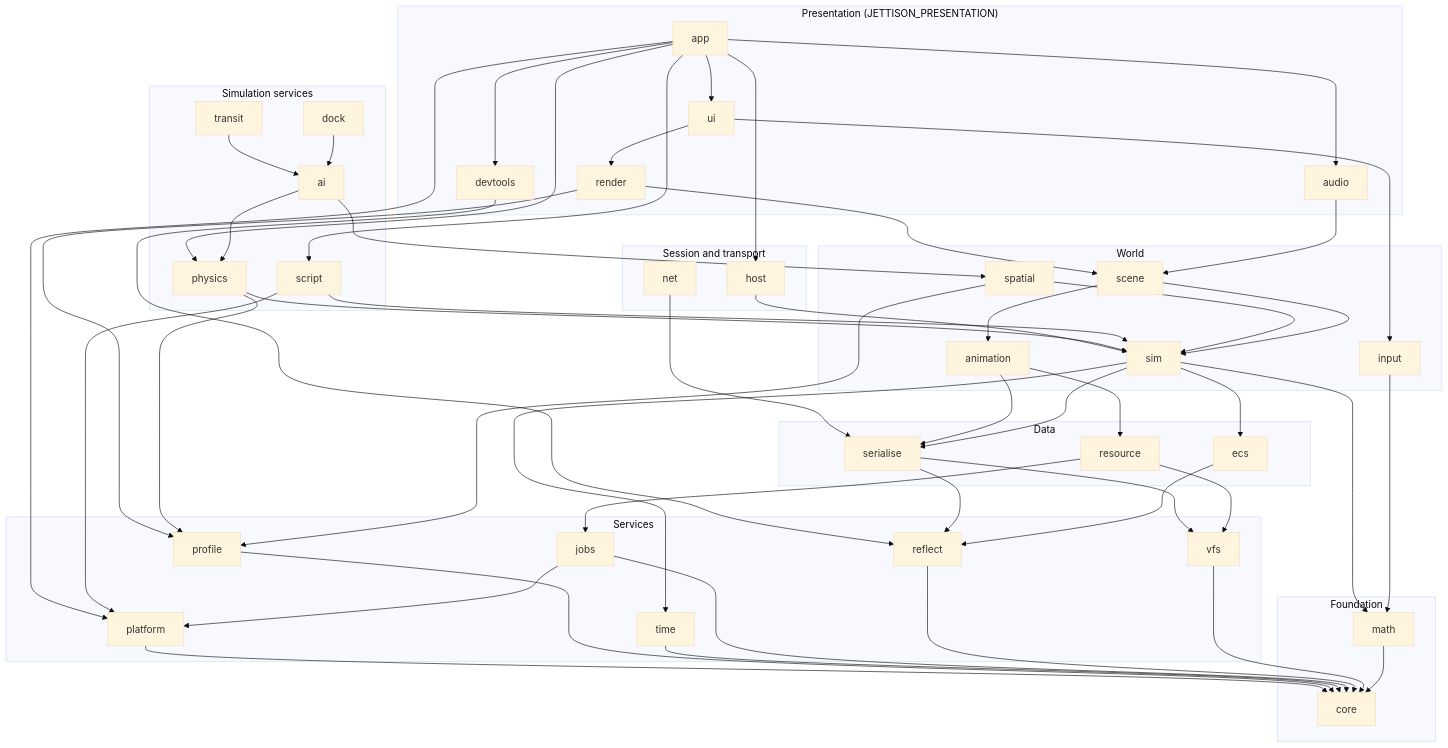
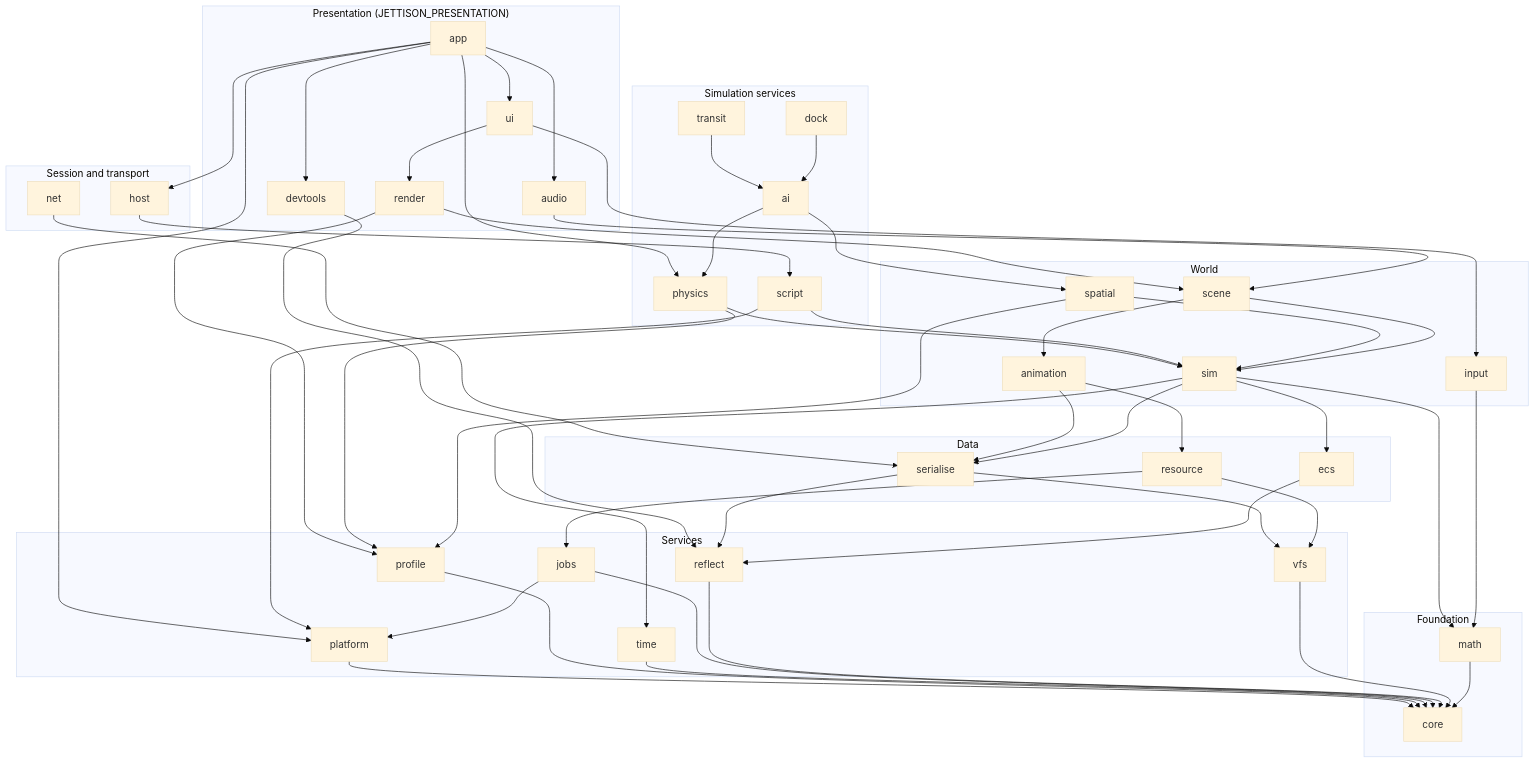
Before and after one commit to ivanhawkes/jettison: the first of 3 diagrams in docs/architecture.md, drawn with Mermaid (base theme). The commit also changed other lines of this file and 15 other files, not shown here.

````diff
--- a/docs/architecture.md
+++ b/docs/architecture.md
@@ -151,71 +151,70 @@
 ```mermaid
 flowchart TB
     subgraph presentation["Presentation (JETTISON_PRESENTATION)"]
         render; audio; ui; devtools; app
     end
     subgraph session["Session and transport"]
         host; net
     end
     subgraph simservices["Simulation services"]
         physics; ai; transit; dock; script
     end
     subgraph world["World"]
         animation; sim; spatial; scene; input
     end
     subgraph data["Data"]
         serialise; resource; ecs
     end
     subgraph services["Services"]
         platform; profile; time; jobs; reflect; vfs
     end
     subgraph foundation["Foundation"]
         core; math
     end
     render --> profile
     render --> scene
     audio --> scene
     ui --> input
     ui --> render
     devtools --> reflect
     app --> audio
     app --> devtools
     app --> host
     app --> physics
     app --> platform
-    app --> script
     app --> ui
-    host --> sim
+    host --> script
     net --> serialise
     physics --> profile
     physics --> sim
     ai --> physics
     ai --> spatial
     transit --> ai
     dock --> ai
     script --> sim
     script --> platform
     animation --> resource
     animation --> serialise
     sim --> math
     sim --> time
     sim --> ecs
     sim --> serialise
     spatial --> profile
     spatial --> sim
     scene --> animation
     scene --> sim
     input --> math
     serialise --> reflect
     serialise --> vfs
     resource --> jobs
     resource --> vfs
     ecs --> reflect
     platform --> core
     profile --> core
     time --> core
     jobs --> core
     jobs --> platform
     reflect --> core
     vfs --> core
     math --> core
 ```
````
